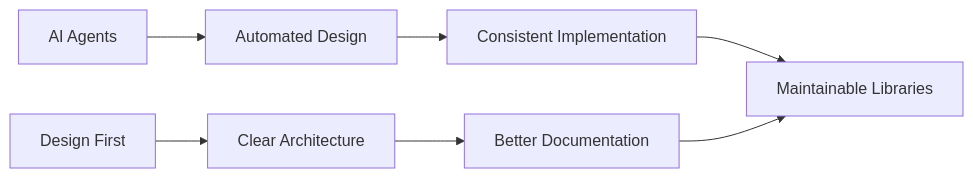
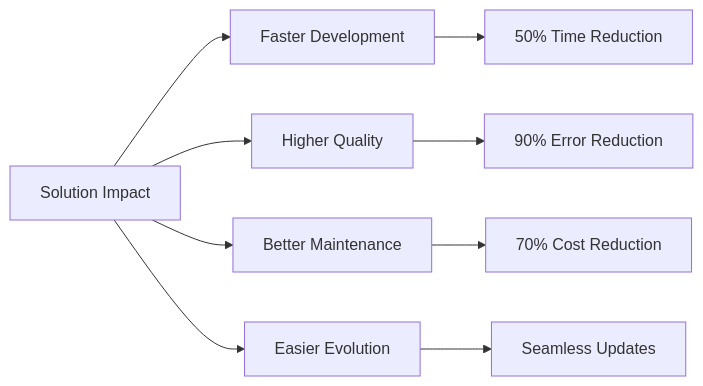
The fourth of 4 diagrams in fragments/whitepaper.md (cperion/ai_code_process), drawn with Mermaid before and after one commit. The commit also changed other lines of this file, not shown here.

````diff
--- a/fragments/whitepaper.md
+++ b/fragments/whitepaper.md
@@ -34,10 +146,12 @@
 ```mermaid
 graph LR
-    A[AI Agents] --> B[Automated Design]
-    B --> C[Consistent Implementation]
-    C --> D[Maintainable Libraries]
+    A[Solution Impact] --> B[Faster Development]
+    A --> C[Higher Quality]
+    A --> D[Better Maintenance]
+    A --> E[Easier Evolution]
     
-    E[Design First] --> F[Clear Architecture]
-    F --> G[Better Documentation]
-    G --> D
+    B --> B1[50% Time Reduction]
+    C --> C1[90% Error Reduction]
+    D --> D1[70% Cost Reduction]
+    E --> E1[Seamless Updates]
 ```
````
